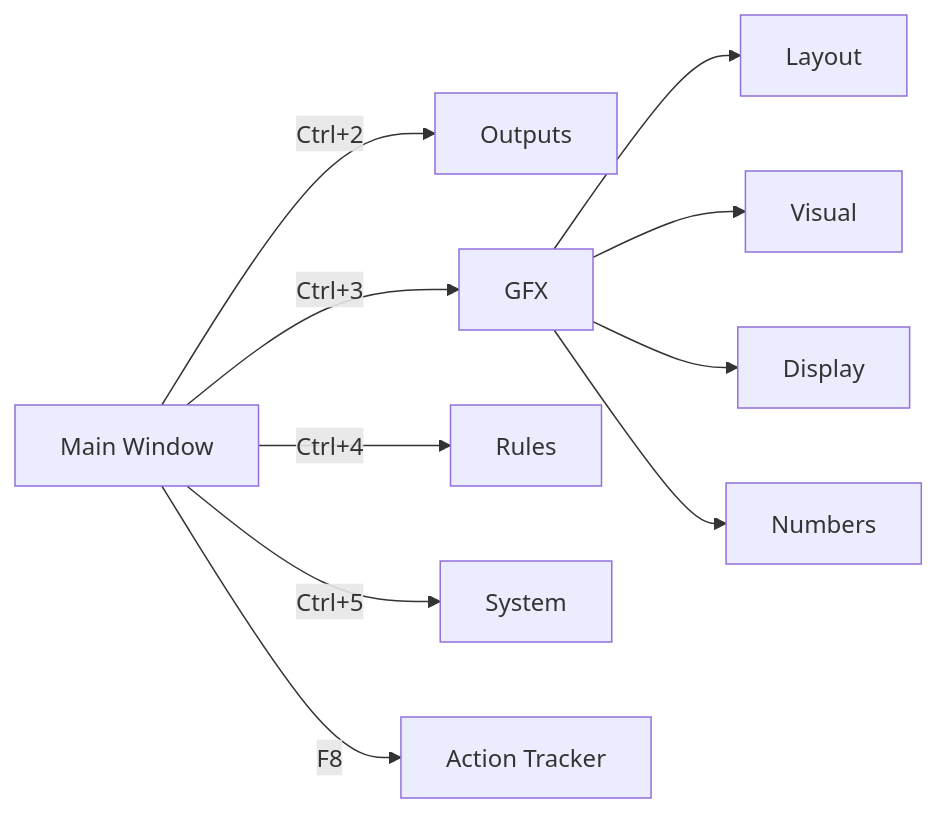
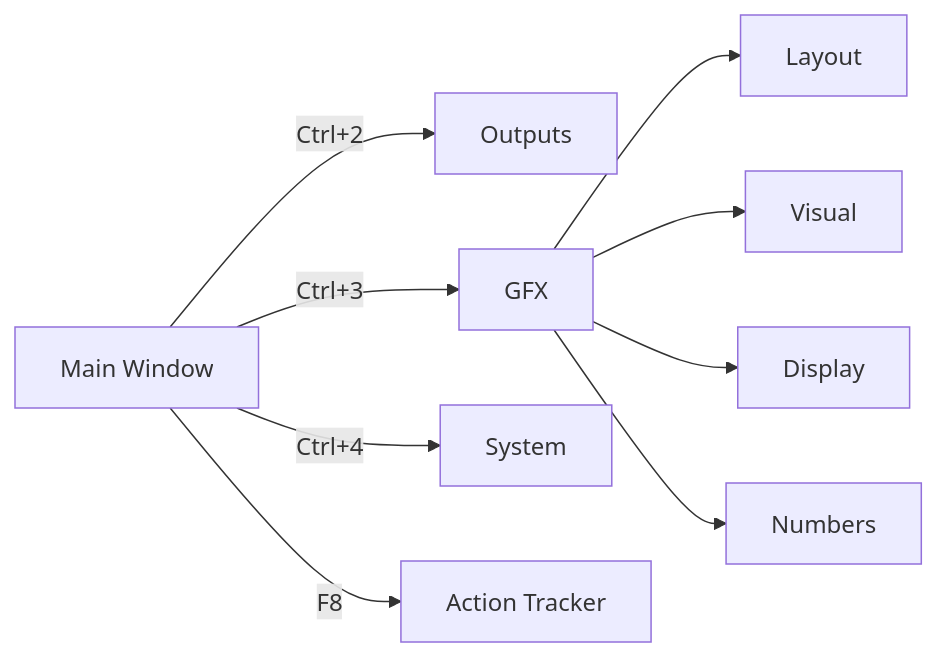
The sixth of 12 diagrams in docs/01_PokerGFX_Analysis/PRD-0004-EBS-Server-UI-Design.md (garimto81/ebs), drawn with Mermaid before and after one commit. The commit also changed other lines of this file and 1 other file, not shown here.

First line of the commit message:
docs(prd-0004): Rules 탭 제거 및 System 탭 재배치 (Ctrl+4) 📝

````diff
--- a/docs/01_PokerGFX_Analysis/PRD-0004-EBS-Server-UI-Design.md
+++ b/docs/01_PokerGFX_Analysis/PRD-0004-EBS-Server-UI-Design.md
@@ -666,9 +599,8 @@
 ```mermaid
 flowchart LR
     MW["Main Window"] -->|"Ctrl+2"| OUT["Outputs"]
     MW -->|"Ctrl+3"| GFX["GFX"]
     GFX --> LAY["Layout"] & VIS["Visual"] & DIS["Display"] & NUM["Numbers"]
-    MW -->|"Ctrl+4"| RUL["Rules"]
-    MW -->|"Ctrl+5"| SYS["System"]
+    MW -->|"Ctrl+4"| SYS["System"]
     MW -->|"F8"| AT["Action Tracker"]
 ```
````
